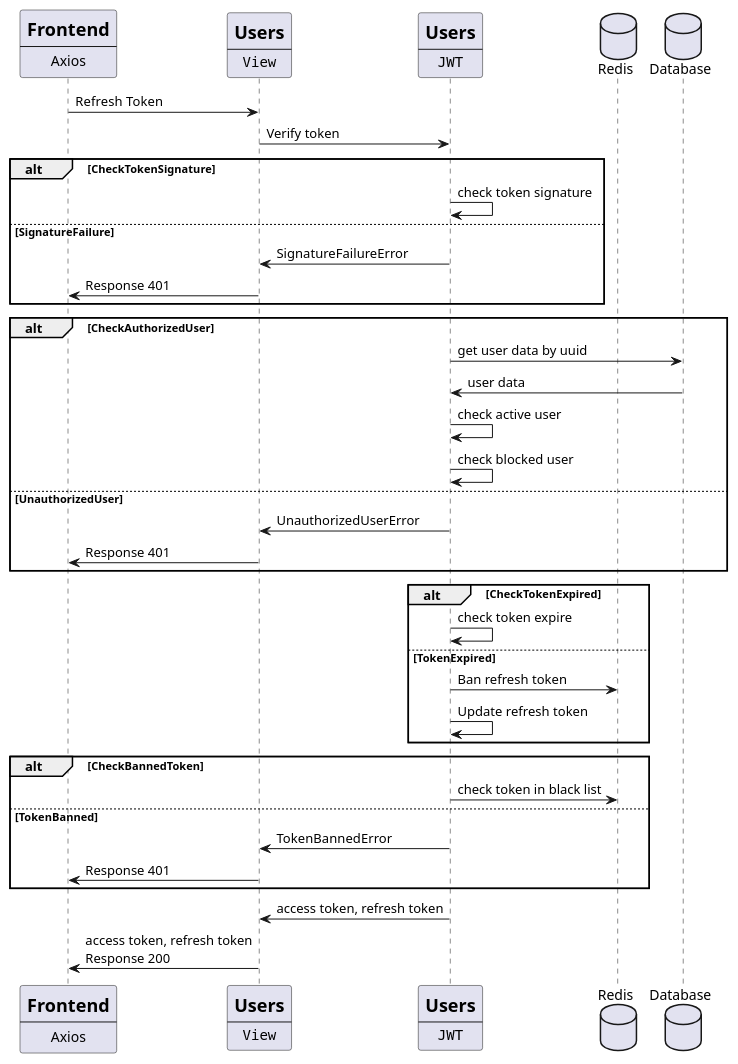
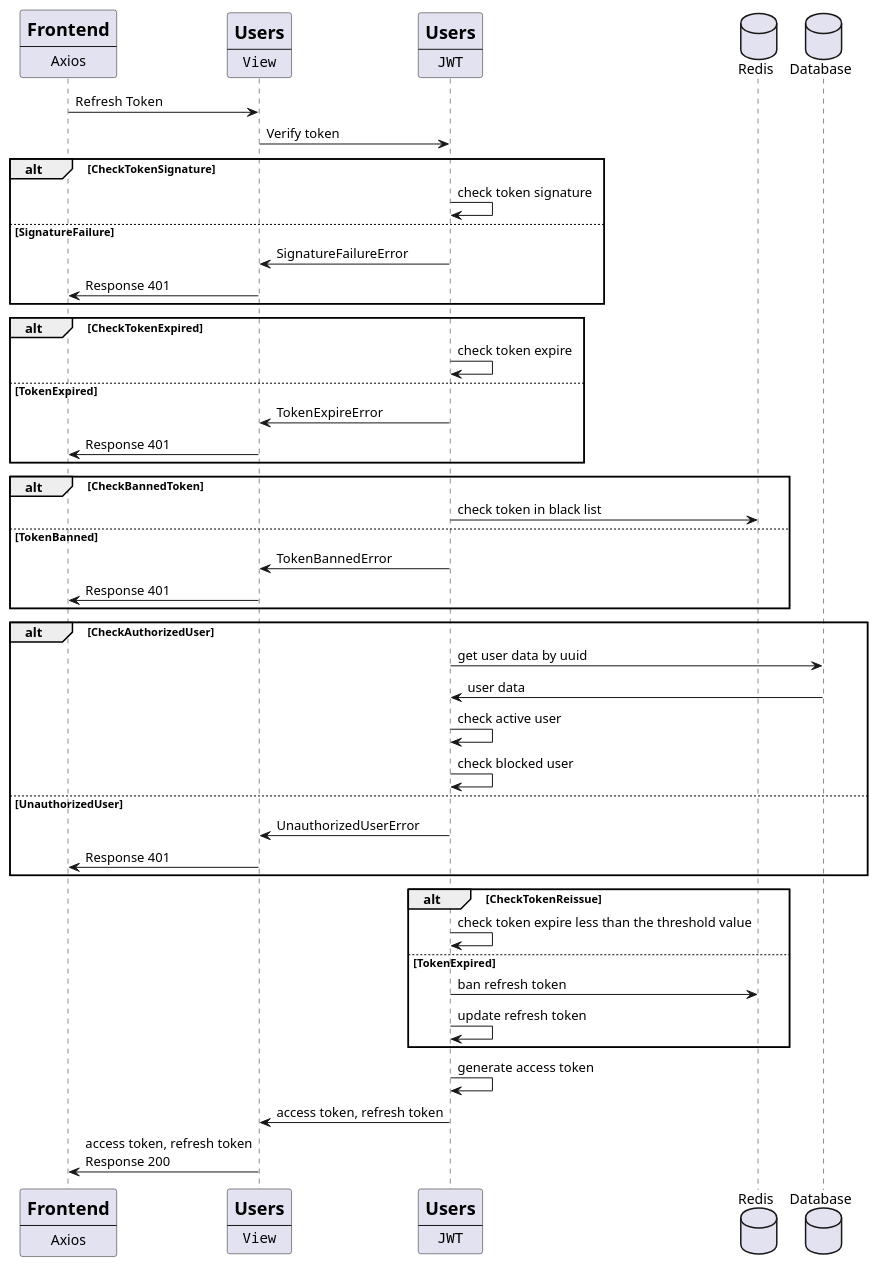
One commit to DJWOMS/GSpot changed the diagram in backend/users/docs/src/refresh_token_diagram.puml. Above: the diagram before and after it, drawn with PlantUML. The commit also changed 1 other file, not shown here.

Commit message:
Users | Update refresh token diagram * update refresh token diagram

```diff
--- a/backend/users/docs/src/refresh_token_diagram.puml
+++ b/backend/users/docs/src/refresh_token_diagram.puml
@@ -1,50 +1,57 @@
 @startuml
 participant frontend [
     =Frontend
     ----
     Axios
 ]
 participant users [
     =Users
     ----
     ""View""
 ]
 participant jwt [
     =Users
     ----
     ""JWT""
 ]
 database Redis as redis
 database Database as database
 frontend -> users : Refresh Token
 users -> jwt : Verify token
      alt CheckTokenSignature
       jwt -> jwt: check token signature
 else SignatureFailure
       jwt -> users: SignatureFailureError
       users -> frontend: Response 401
 end
+alt CheckTokenExpired
+       jwt -> jwt: check token expire
+else TokenExpired
+    jwt -> users: TokenExpireError
+    users -> frontend: Response 401
+end
+alt CheckBannedToken
+     jwt -> redis: check token in black list
+else TokenBanned
+     jwt -> users: TokenBannedError
+      users -> frontend: Response 401
+end
 alt CheckAuthorizedUser
       jwt -> database: get user data by uuid
       database -> jwt: user data
       jwt -> jwt: check active user
       jwt -> jwt: check blocked user
 else UnauthorizedUser
       jwt -> users: UnauthorizedUserError
       users -> frontend: Response 401
 end
-     alt CheckTokenExpired
-       jwt -> jwt: check token expire
+alt CheckTokenReissue
+       jwt -> jwt: check token expire less than the threshold value
 else TokenExpired
-       jwt-> redis: Ban refresh token
-    jwt -> jwt: Update refresh token
+       jwt-> redis: ban refresh token
+    jwt -> jwt: update refresh token
 end
-alt CheckBannedToken
-     jwt -> redis: check token in black list
-else TokenBanned
-     jwt -> users: TokenBannedError
-      users -> frontend: Response 401
-end
+jwt -> jwt: generate access token
 jwt -> users: access token, refresh token
 users -> frontend: access token, refresh token\nResponse 200
 @enduml
```
